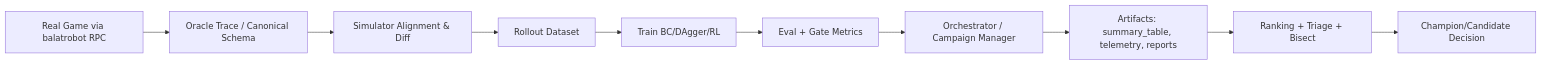
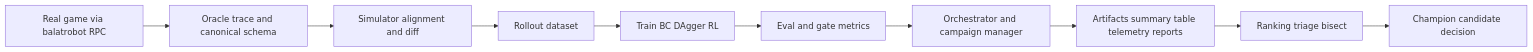
Before and after one commit to XcapeAxis/BalatroAI: the diagram in docs/assets/readme/architecture_dataflow.mmd, drawn with Mermaid. The commit also changed 5 other files, not shown here.

```diff
--- a/docs/assets/readme/architecture_dataflow.mmd
+++ b/docs/assets/readme/architecture_dataflow.mmd
@@ -1,10 +1,10 @@
 flowchart LR
-  A[Real Game via balatrobot RPC] --> B[Oracle Trace / Canonical Schema]
-  B --> C[Simulator Alignment & Diff]
-  C --> D[Rollout Dataset]
-  D --> E[Train BC/DAgger/RL]
-  E --> F[Eval + Gate Metrics]
-  F --> G[Orchestrator / Campaign Manager]
-  G --> H[Artifacts: summary_table, telemetry, reports]
-  H --> I[Ranking + Triage + Bisect]
-  I --> J[Champion/Candidate Decision]
+  A["Real game via balatrobot RPC"] --> B["Oracle trace and canonical schema"]
+  B --> C["Simulator alignment and diff"]
+  C --> D["Rollout dataset"]
+  D --> E["Train BC DAgger RL"]
+  E --> F["Eval and gate metrics"]
+  F --> G["Orchestrator and campaign manager"]
+  G --> H["Artifacts summary table telemetry reports"]
+  H --> I["Ranking triage bisect"]
+  I --> J["Champion candidate decision"]
```
